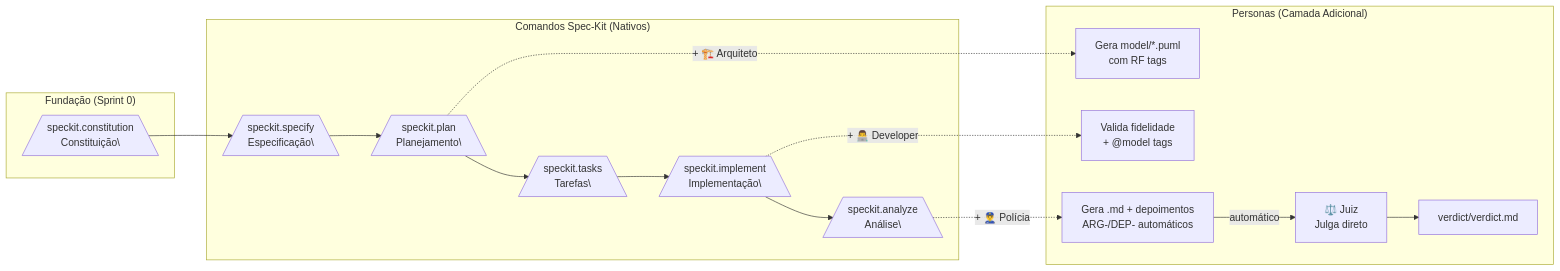
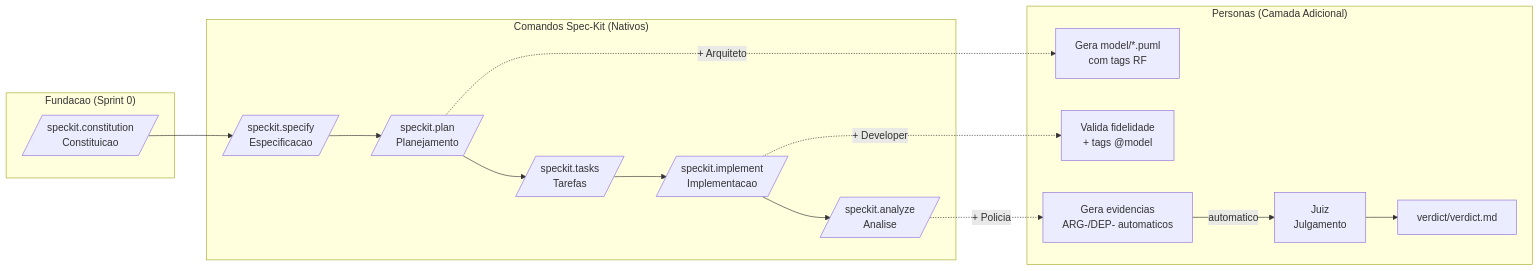
Before and after one commit to BrunoWatanabe/TCC-KPC: the first of 2 diagrams in documentacao-base/relatorios/plano-sprints.md, drawn with Mermaid. The commit also changed other lines of this file and 2 other files, not shown here.

````diff
--- a/documentacao-base/relatorios/plano-sprints.md
+++ b/documentacao-base/relatorios/plano-sprints.md
@@ -23,22 +44,22 @@
 ```mermaid
 flowchart LR
-    subgraph "Fundação (Sprint 0)"
-        CONST[/speckit.constitution<br/>Constituição\\]
+    subgraph "Fundacao (Sprint 0)"
+        CONST[/speckit.constitution<br/>Constituicao/]
     end
 
     subgraph "Comandos Spec-Kit (Nativos)"
-        CONST --> A[/speckit.specify<br/>Especificação\\]
-        A --> B[/speckit.plan<br/>Planejamento\\]
-        B --> C[/speckit.tasks<br/>Tarefas\\]
-        C --> D[/speckit.implement<br/>Implementação\\]
-        D --> E[/speckit.analyze<br/>Análise\\]
+        CONST --> A[/speckit.specify<br/>Especificacao/]
+        A --> B[/speckit.plan<br/>Planejamento/]
+        B --> C[/speckit.tasks<br/>Tarefas/]
+        C --> D[/speckit.implement<br/>Implementacao/]
+        D --> E[/speckit.analyze<br/>Analise/]
     end
 
     subgraph "Personas (Camada Adicional)"
-        B -.->|+ 🏗️ Arquiteto| B2[Gera model/*.puml<br/>com RF tags]
-        D -.->|+ 👨‍💻 Developer| D2[Valida fidelidade<br/>+ @model tags]
-        E -.->|+ 👮‍♂️ Polícia| E2[Gera .md + depoimentos<br/>ARG-/DEP- automáticos]
-        E2 -->|automático| F[⚖️ Juiz<br/>Julga direto]
+        B -.->|+ Arquiteto| B2[Gera model/*.puml<br/>com tags RF]
+        D -.->|+ Developer| D2[Valida fidelidade<br/>+ tags @model]
+        E -.->|+ Policia| E2[Gera evidencias<br/>ARG-/DEP- automaticos]
+        E2 -->|automatico| F[Juiz<br/>Julgamento]
         F --> G[verdict/verdict.md]
     end
 ```
````
